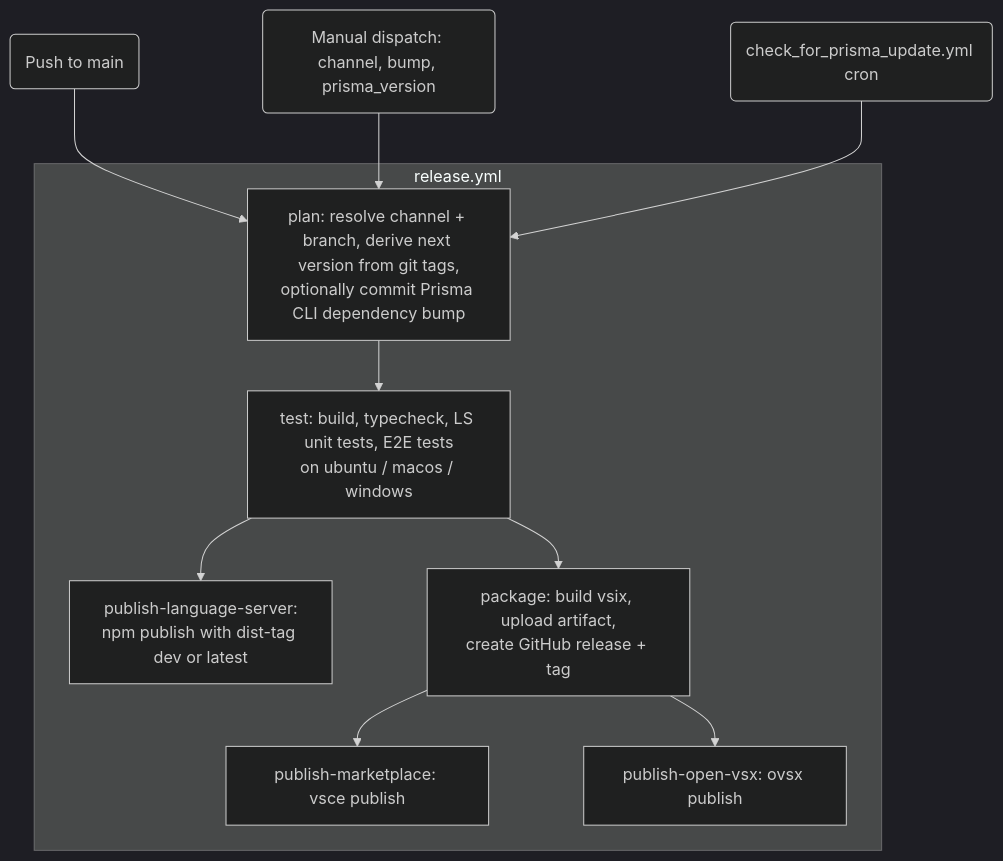
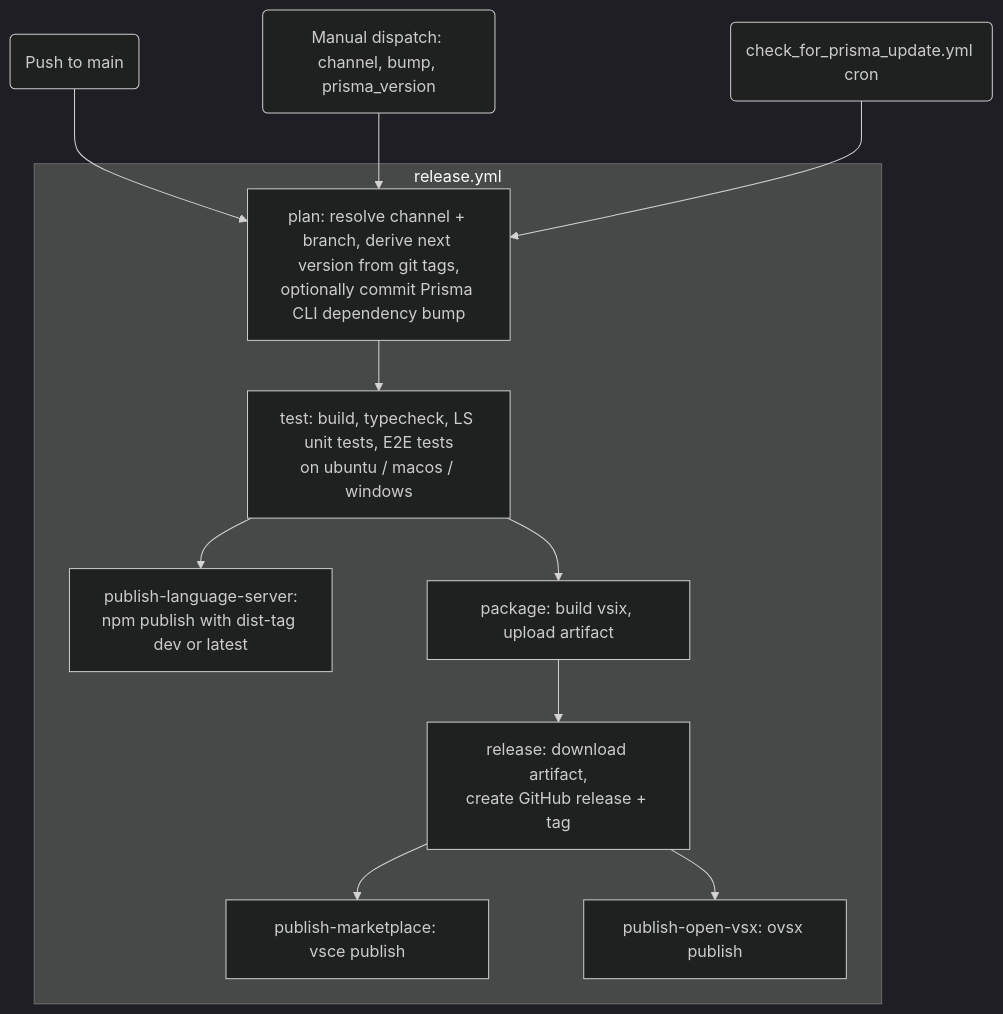
The diagram in docs/ci-cd.md (prisma/language-tools), drawn with Mermaid (dark theme) before and after one commit. The commit also changed other lines of this file and 1 other file, not shown here.

First line of the commit message:
Restrict release refs and keep credentials out of the build jobs

````diff
--- a/docs/ci-cd.md
+++ b/docs/ci-cd.md
@@ -22,15 +22,16 @@
 ```mermaid
 graph TD
     PUSH(Push to main) --> PLAN
     MANUAL(Manual dispatch: channel, bump, prisma_version) --> PLAN
     CRON(check_for_prisma_update.yml cron) --> PLAN
 
     subgraph release.yml
       PLAN[plan: resolve channel + branch, derive next version from git tags,<br>optionally commit Prisma CLI dependency bump]
       PLAN --> TEST[test: build, typecheck, LS unit tests, E2E tests<br>on ubuntu / macos / windows]
       TEST --> LS[publish-language-server:<br>npm publish with dist-tag dev or latest]
-      TEST --> PKG[package: build vsix, upload artifact,<br>create GitHub release + tag]
-      PKG --> MKT[publish-marketplace: vsce publish]
-      PKG --> OVSX[publish-open-vsx: ovsx publish]
+      TEST --> PKG[package: build vsix, upload artifact]
+      PKG --> REL[release: download artifact,<br>create GitHub release + tag]
+      REL --> MKT[publish-marketplace: vsce publish]
+      REL --> OVSX[publish-open-vsx: ovsx publish]
     end
 ```
````
